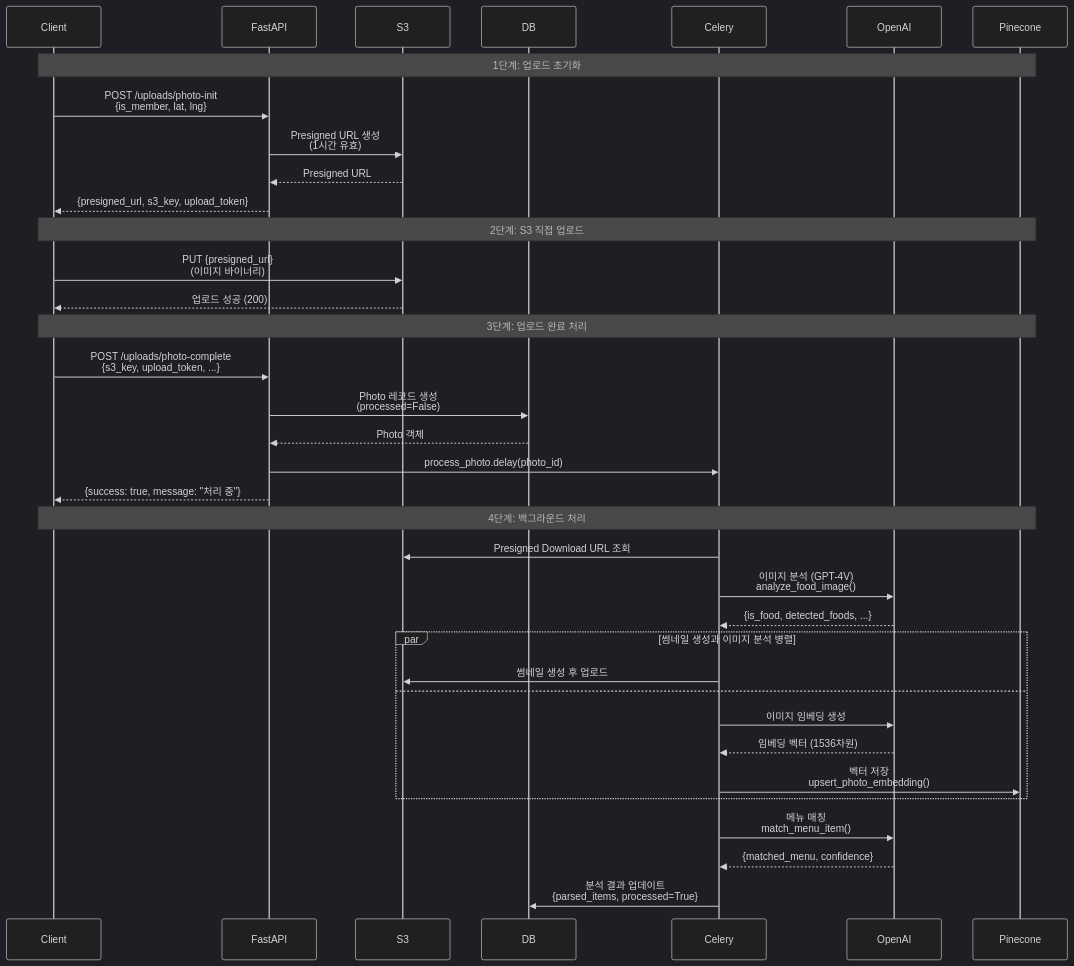
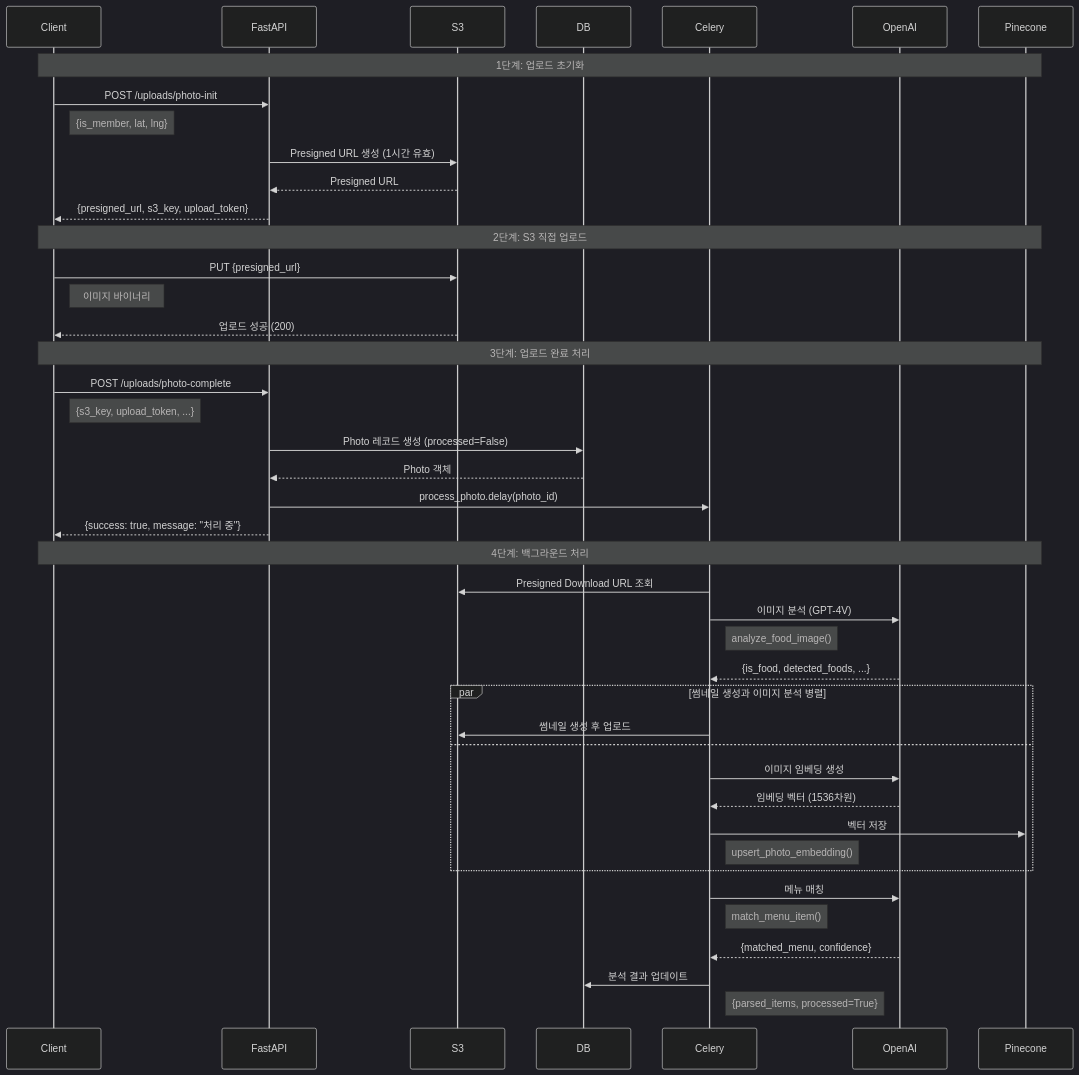
The third of 7 diagrams in backend/SYSTEM_ARCHITECTURE.md (WoongHeeHee/DX_project), drawn with Mermaid (dark theme) before and after one commit. The commit also changed other lines of this file and 136 other files, not shown here.

````diff
--- a/backend/SYSTEM_ARCHITECTURE.md
+++ b/backend/SYSTEM_ARCHITECTURE.md
@@ -155,44 +231,51 @@
 ```mermaid
 sequenceDiagram
     participant Client
     participant FastAPI
     participant S3
     participant DB
     participant Celery
     participant OpenAI
     participant Pinecone
 
     Note over Client,Pinecone: 1단계: 업로드 초기화
-    Client->>FastAPI: POST /uploads/photo-init<br/>{is_member, lat, lng}
-    FastAPI->>S3: Presigned URL 생성<br/>(1시간 유효)
+    Client->>FastAPI: POST /uploads/photo-init
+    Note right of Client: {is_member, lat, lng}
+    FastAPI->>S3: Presigned URL 생성 (1시간 유효)
     S3-->>FastAPI: Presigned URL
     FastAPI-->>Client: {presigned_url, s3_key, upload_token}
     
     Note over Client,Pinecone: 2단계: S3 직접 업로드
-    Client->>S3: PUT {presigned_url}<br/>(이미지 바이너리)
+    Client->>S3: PUT {presigned_url}
+    Note right of Client: 이미지 바이너리
     S3-->>Client: 업로드 성공 (200)
     
     Note over Client,Pinecone: 3단계: 업로드 완료 처리
-    Client->>FastAPI: POST /uploads/photo-complete<br/>{s3_key, upload_token, ...}
-    FastAPI->>DB: Photo 레코드 생성<br/>(processed=False)
+    Client->>FastAPI: POST /uploads/photo-complete
+    Note right of Client: {s3_key, upload_token, ...}
+    FastAPI->>DB: Photo 레코드 생성 (processed=False)
     DB-->>FastAPI: Photo 객체
     FastAPI->>Celery: process_photo.delay(photo_id)
     FastAPI-->>Client: {success: true, message: "처리 중"}
     
     Note over Client,Pinecone: 4단계: 백그라운드 처리
     Celery->>S3: Presigned Download URL 조회
-    Celery->>OpenAI: 이미지 분석 (GPT-4V)<br/>analyze_food_image()
+    Celery->>OpenAI: 이미지 분석 (GPT-4V)
+    Note right of Celery: analyze_food_image()
     OpenAI-->>Celery: {is_food, detected_foods, ...}
     
     par 썸네일 생성과 이미지 분석 병렬
         Celery->>S3: 썸네일 생성 후 업로드
     and
         Celery->>OpenAI: 이미지 임베딩 생성
         OpenAI-->>Celery: 임베딩 벡터 (1536차원)
-        Celery->>Pinecone: 벡터 저장<br/>upsert_photo_embedding()
+        Celery->>Pinecone: 벡터 저장
+        Note right of Celery: upsert_photo_embedding()
     end
     
-    Celery->>OpenAI: 메뉴 매칭<br/>match_menu_item()
+    Celery->>OpenAI: 메뉴 매칭
+    Note right of Celery: match_menu_item()
     OpenAI-->>Celery: {matched_menu, confidence}
-    Celery->>DB: 분석 결과 업데이트<br/>{parsed_items, processed=True}
+    Celery->>DB: 분석 결과 업데이트
+    Note right of Celery: {parsed_items, processed=True}
 ```
````
